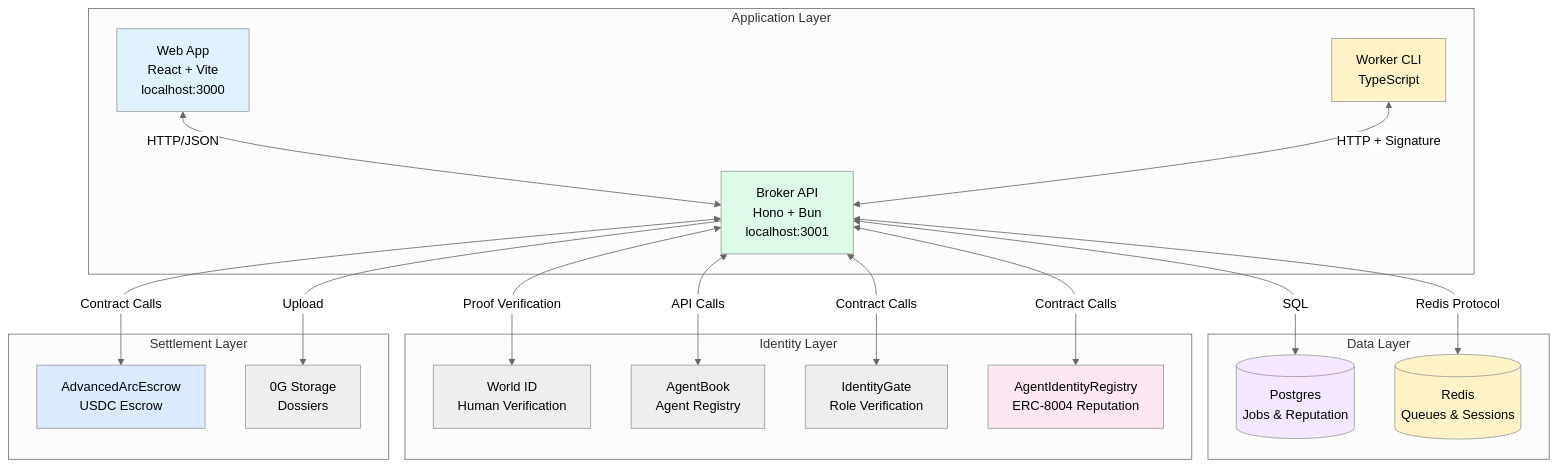
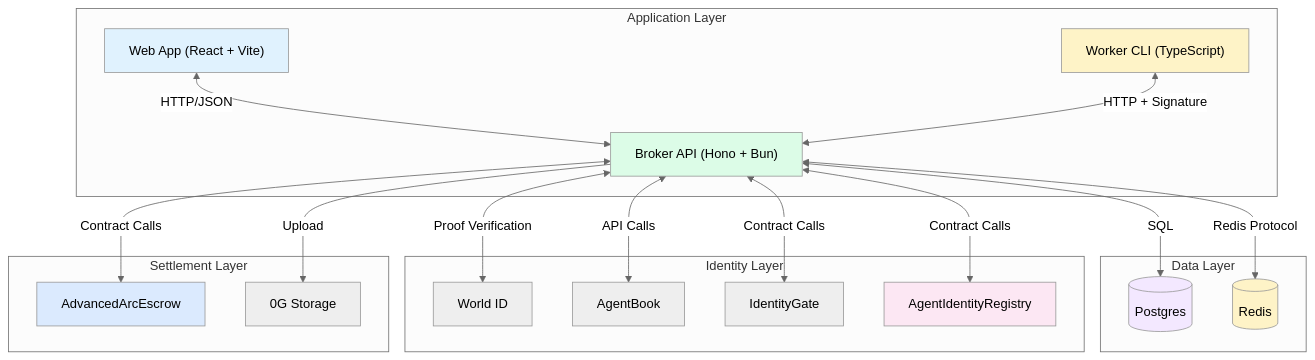
One commit to chimera-defi/ethglobal-cannes-2026-intelligence-exchange changed the first of 2 diagrams in docs/architecture/system-overview.md. Above: the diagram before and after it, drawn with Mermaid (neutral theme). The commit also changed 4 other files, not shown here.

First line of the commit message:
fix: repair mermaid diagrams for GitHub rendering

````diff
--- a/docs/architecture/system-overview.md
+++ b/docs/architecture/system-overview.md
@@ -17,47 +17,47 @@
 ```mermaid
 flowchart TB
   subgraph Apps["Application Layer"]
-    Web["Web App\nReact + Vite\nlocalhost:3000"]
-    Broker["Broker API\nHono + Bun\nlocalhost:3001"]
-    Worker["Worker CLI\nTypeScript"]
+    Web["Web App (React + Vite)"]
+    Broker["Broker API (Hono + Bun)"]
+    Worker["Worker CLI (TypeScript)"]
   end
 
   subgraph Data["Data Layer"]
-    Postgres[("Postgres\nJobs & Reputation")]
-    Redis[("Redis\nQueues & Sessions")]
+    Postgres[("Postgres")]
+    Redis[("Redis")]
   end
 
   subgraph Identity["Identity Layer"]
-    WorldID["World ID\nHuman Verification"]
-    AgentBook["AgentBook\nAgent Registry"]
-    IdentityGate["IdentityGate\nRole Verification"]
-    Registry["AgentIdentityRegistry\nERC-8004 Reputation"]
+    WorldID["World ID"]
+    AgentBook["AgentBook"]
+    IdentityGate["IdentityGate"]
+    Registry["AgentIdentityRegistry"]
   end
 
   subgraph Settlement["Settlement Layer"]
-    Arc["AdvancedArcEscrow\nUSDC Escrow"]
-    ZeroG["0G Storage\nDossiers"]
+    Arc["AdvancedArcEscrow"]
+    ZeroG["0G Storage"]
   end
 
   Web <-->|HTTP/JSON| Broker
   Worker <-->|HTTP + Signature| Broker
   
   Broker <-->|SQL| Postgres
   Broker <-->|Redis Protocol| Redis
   
   Broker <-->|Proof Verification| WorldID
   Broker <-->|API Calls| AgentBook
   Broker <-->|Contract Calls| IdentityGate
   Broker <-->|Contract Calls| Registry
   
   Broker <-->|Contract Calls| Arc
   Broker -->|Upload| ZeroG
 
   style Web fill:#e0f2fe
   style Broker fill:#dcfce7
   style Worker fill:#fef3c7
   style Postgres fill:#f3e8ff
   style Redis fill:#fef3c7
   style Arc fill:#dbeafe
   style Registry fill:#fce7f3
 ```
````
